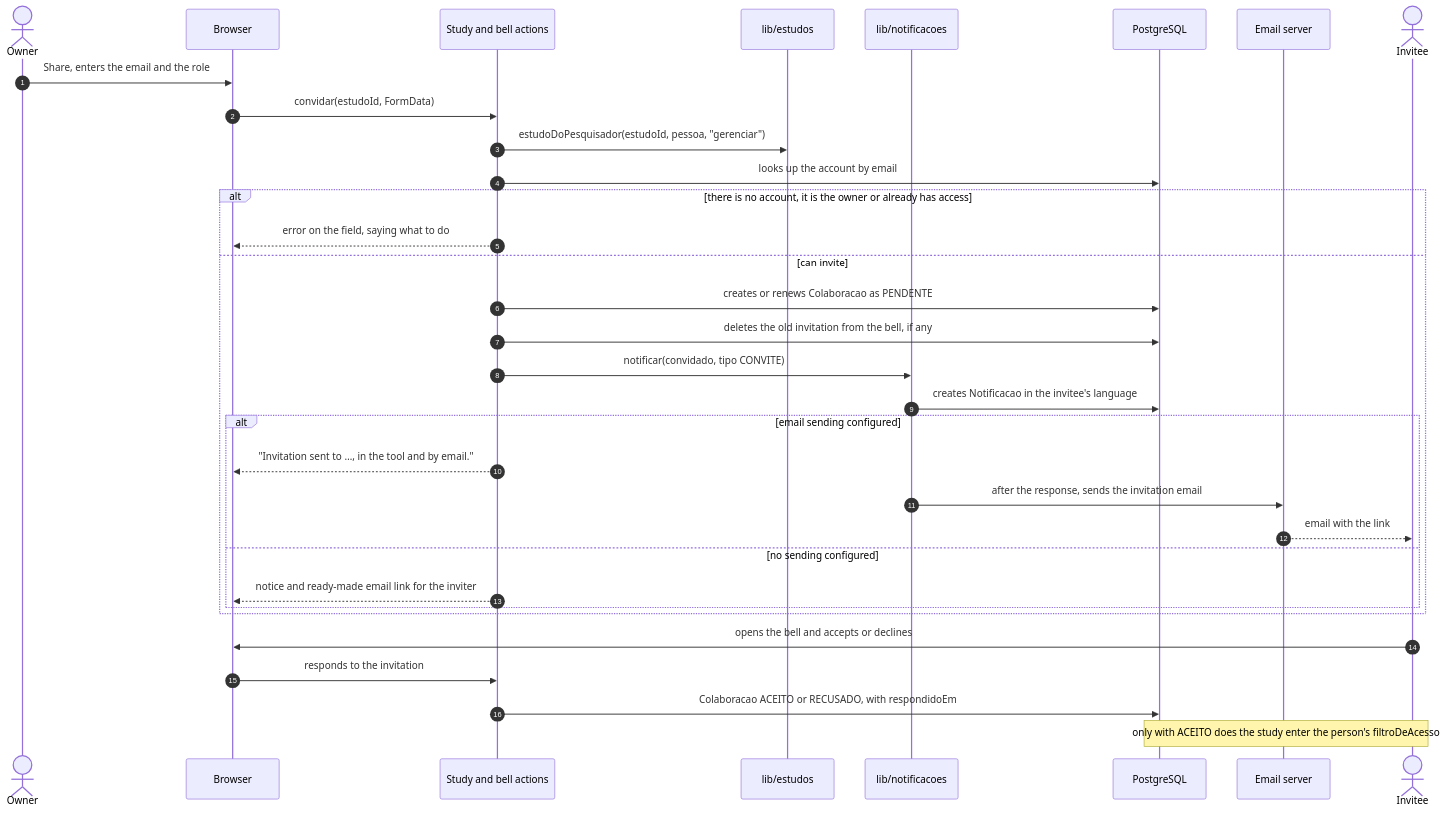
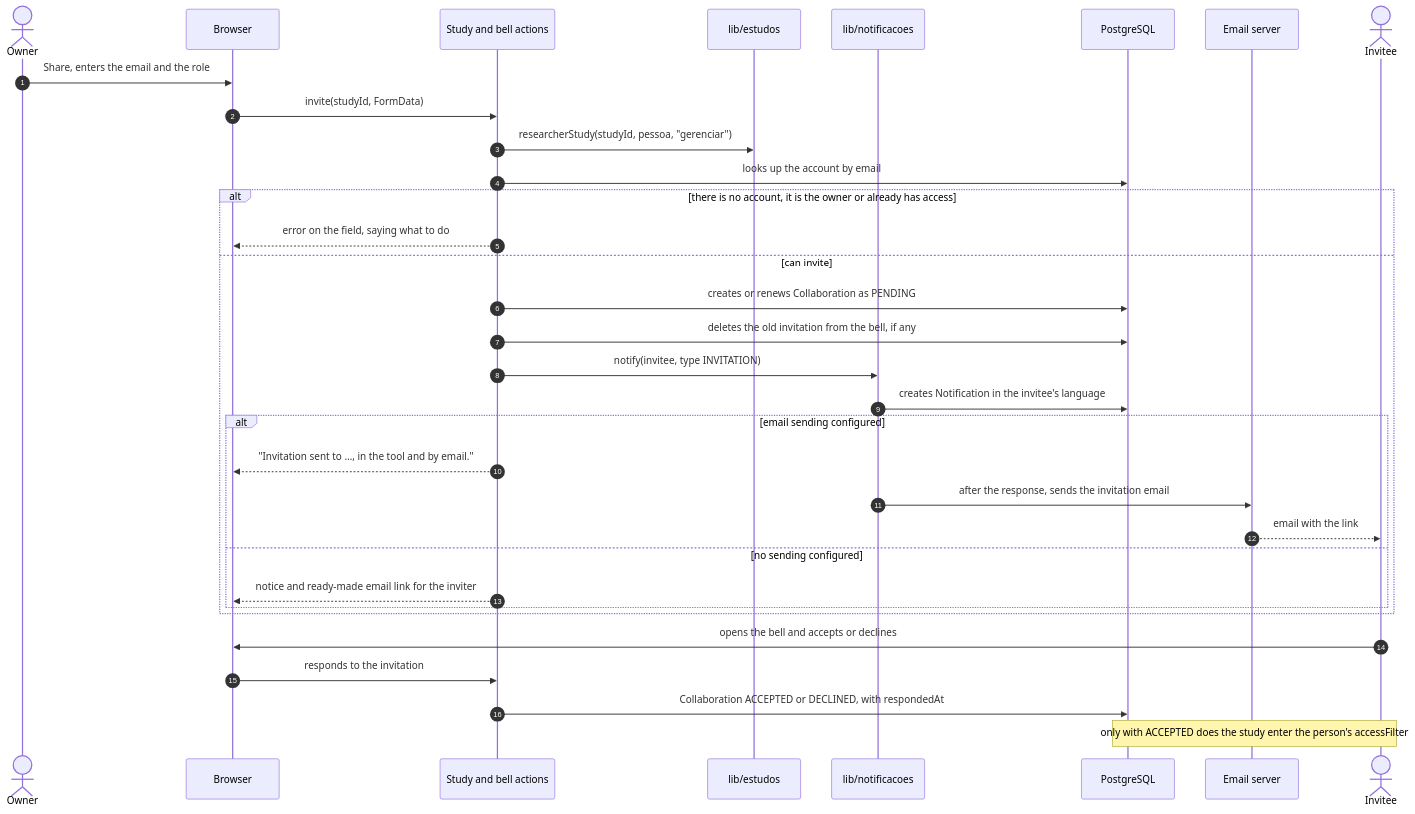
One commit to gabrielfjm/ueq_form_ihc changed the diagram in docs/documentacao/fontes/diagramas-de-sequencia-7.mmd. Above: the diagram before and after it, drawn with Mermaid. The commit also changed 50 other files, not shown here.

First line of the commit message:
deixa os diagramas inteiramente em inglês, também nos nomes das classes, tabelas e estados

```diff
--- a/docs/documentacao/fontes/diagramas-de-sequencia-7.mmd
+++ b/docs/documentacao/fontes/diagramas-de-sequencia-7.mmd
@@ -1,35 +1,35 @@
 sequenceDiagram
     autonumber
     actor Dono as Owner
     participant Nav as Browser
     participant Acao as Study and bell actions
-    participant Estudos as lib/estudos
+    participant Studies as lib/estudos
     participant Avisos as lib/notificacoes
     participant BD as PostgreSQL
     participant Smtp as Email server
     actor Conv as Invitee
 
     Dono->>Nav: Share, enters the email and the role
-    Nav->>Acao: convidar(estudoId, FormData)
-    Acao->>Estudos: estudoDoPesquisador(estudoId, pessoa, "gerenciar")
+    Nav->>Acao: invite(studyId, FormData)
+    Acao->>Studies: researcherStudy(studyId, pessoa, "gerenciar")
     Acao->>BD: looks up the account by email
     alt there is no account, it is the owner or already has access
         Acao-->>Nav: error on the field, saying what to do
     else can invite
-        Acao->>BD: creates or renews Colaboracao as PENDENTE
+        Acao->>BD: creates or renews Collaboration as PENDING
         Acao->>BD: deletes the old invitation from the bell, if any
-        Acao->>Avisos: notificar(convidado, tipo CONVITE)
-        Avisos->>BD: creates Notificacao in the invitee's language
+        Acao->>Avisos: notify(invitee, type INVITATION)
+        Avisos->>BD: creates Notification in the invitee's language
         alt email sending configured
             Acao-->>Nav: "Invitation sent to …, in the tool and by email."
             Avisos->>Smtp: after the response, sends the invitation email
             Smtp-->>Conv: email with the link
         else no sending configured
             Acao-->>Nav: notice and ready-made email link for the inviter
         end
     end
 
     Conv->>Nav: opens the bell and accepts or declines
     Nav->>Acao: responds to the invitation
-    Acao->>BD: Colaboracao ACEITO or RECUSADO, with respondidoEm
-    Note over Conv,BD: only with ACEITO does the study enter the person's filtroDeAcesso
+    Acao->>BD: Collaboration ACCEPTED or DECLINED, with respondedAt
+    Note over Conv,BD: only with ACCEPTED does the study enter the person's accessFilter
```
